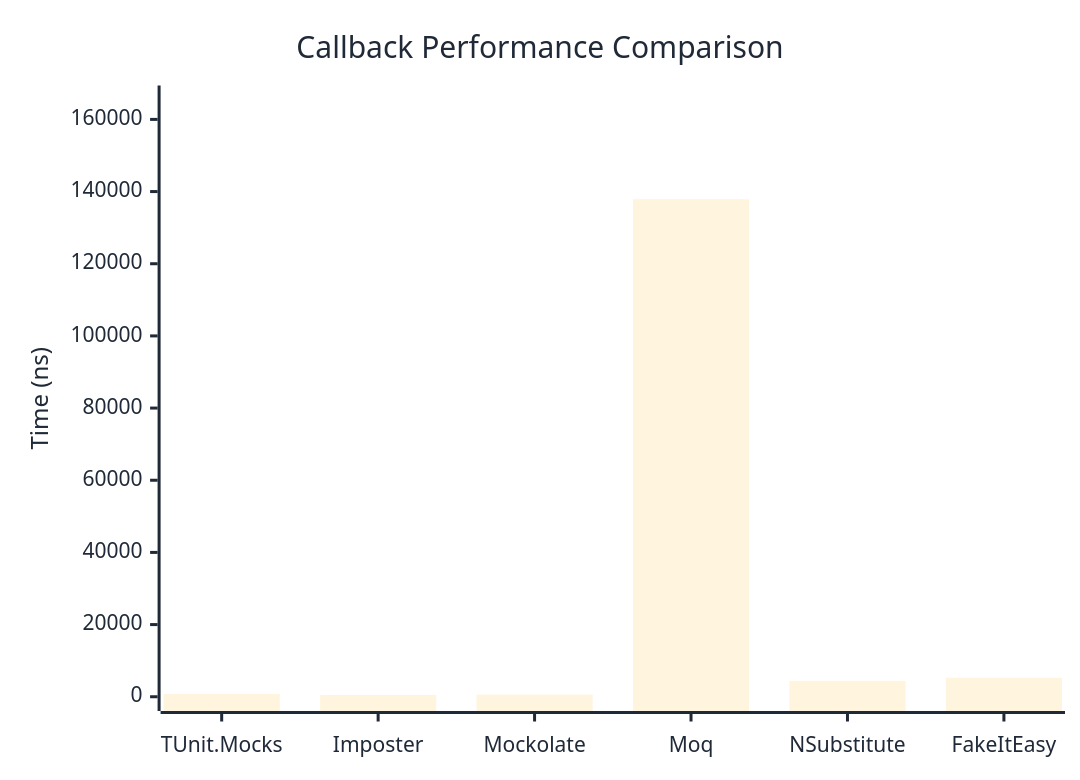
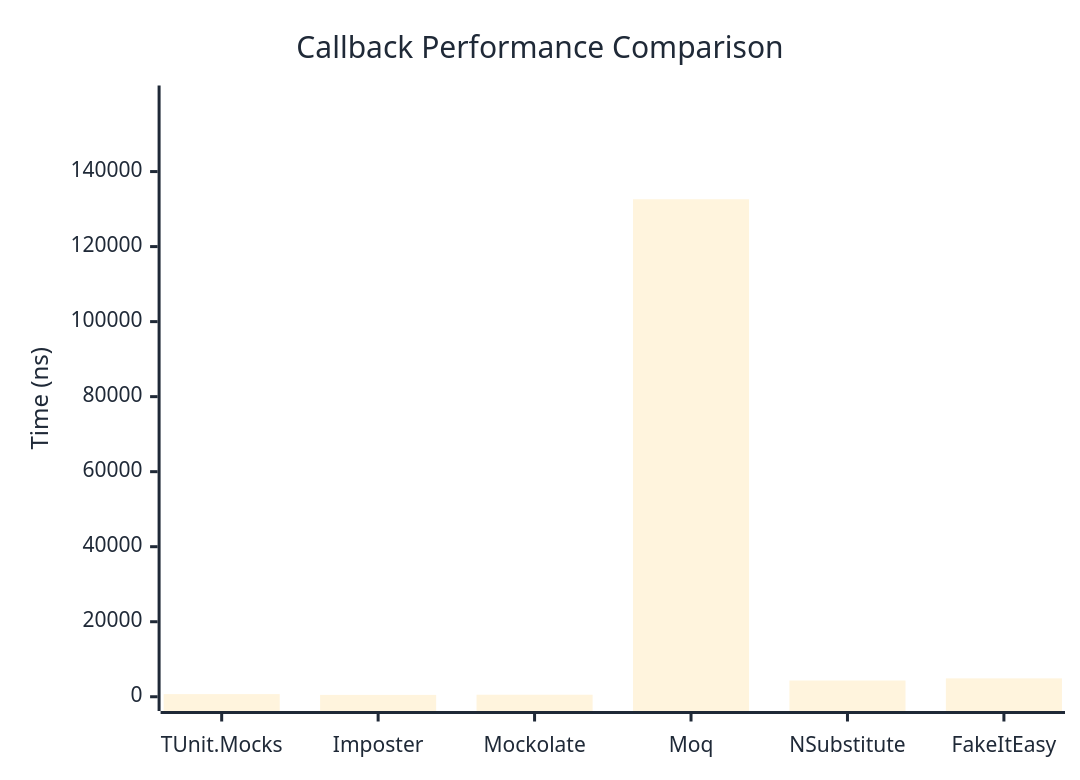
Before and after one commit to thomhurst/TUnit: the first of 2 diagrams in docs/docs/benchmarks/mocks/Callback.md, drawn with Mermaid. The commit also changed other lines of this file and 14 other files, not shown here.

````diff
--- a/docs/docs/benchmarks/mocks/Callback.md
+++ b/docs/docs/benchmarks/mocks/Callback.md
@@ -28,27 +28,27 @@
 ```mermaid
 %%{init: {
   'theme':'base',
   'themeVariables': {
     'primaryColor': '#2563eb',
     'primaryTextColor': '#1f2937',
     'primaryBorderColor': '#1e40af',
     'lineColor': '#6b7280',
     'secondaryColor': '#7c3aed',
     'tertiaryColor': '#dc2626',
     'background': '#ffffff',
     'pie1': '#2563eb',
     'pie2': '#7c3aed',
     'pie3': '#dc2626',
     'pie4': '#f59e0b',
     'pie5': '#10b981',
     'pie6': '#06b6d4',
     'pie7': '#ec4899',
     'pie8': '#6366f1'
   }
 }}%%
 xychart-beta
   title "Callback Performance Comparison"
   x-axis ["TUnit.Mocks", "Imposter", "Mockolate", "Moq", "NSubstitute", "FakeItEasy"]
-  y-axis "Time (ns)" 0 --> 165446
-  bar [782.3, 511.9, 595.3, 137871.3, 4400.5, 5242.5]
+  y-axis "Time (ns)" 0 --> 159145
+  bar [704.4, 493.2, 539, 132620.3, 4329.5, 4899.4]
 ```
````
